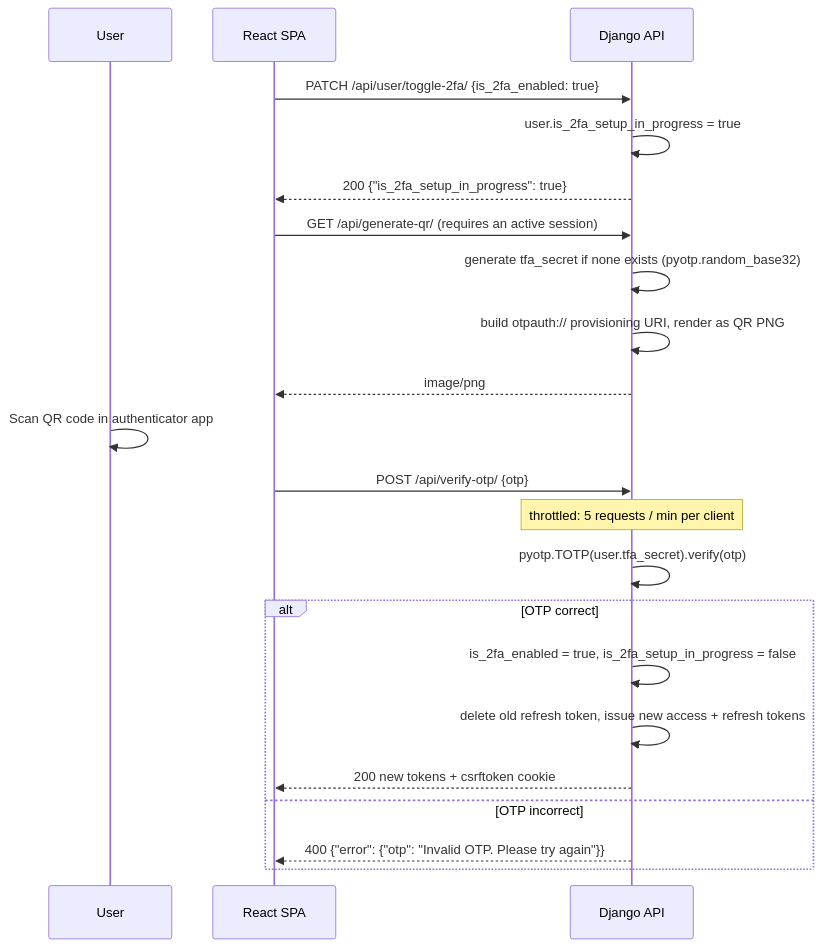
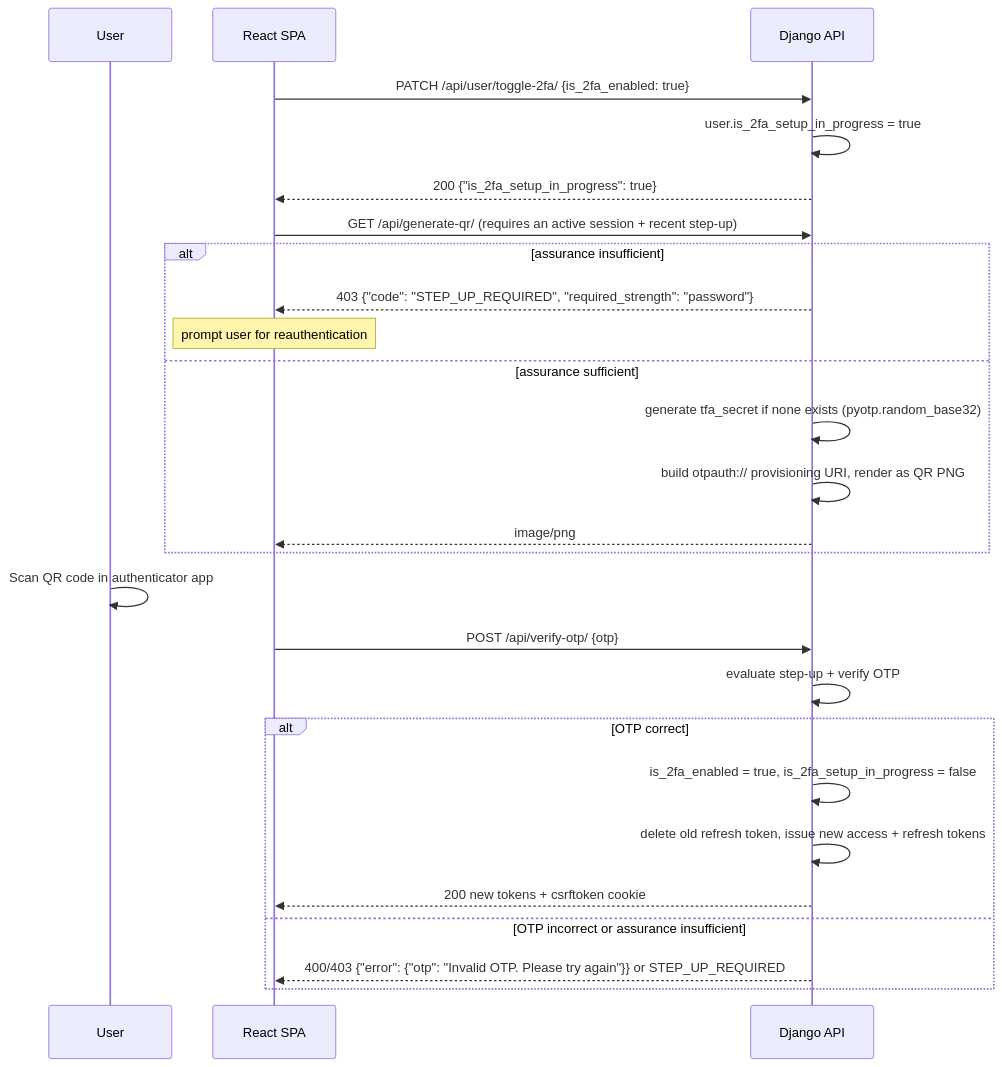
The fourth of 8 diagrams in docs/AUTH_FLOWS.md (anthonynarine/django_auth), drawn with Mermaid before and after one commit. The commit also changed other lines of this file and 14 other files, not shown here.

````diff
--- a/docs/AUTH_FLOWS.md
+++ b/docs/AUTH_FLOWS.md
@@ -77,28 +77,32 @@
 ```mermaid
 sequenceDiagram
     participant U as User
     participant FE as React SPA
     participant API as Django API
 
     FE->>API: PATCH /api/user/toggle-2fa/ {is_2fa_enabled: true}
     API->>API: user.is_2fa_setup_in_progress = true
     API-->>FE: 200 {"is_2fa_setup_in_progress": true}
 
-    FE->>API: GET /api/generate-qr/  (requires an active session)
-    API->>API: generate tfa_secret if none exists (pyotp.random_base32)
-    API->>API: build otpauth:// provisioning URI, render as QR PNG
-    API-->>FE: image/png
+    FE->>API: GET /api/generate-qr/  (requires an active session + recent step-up)
+    alt assurance insufficient
+        API-->>FE: 403 {"code": "STEP_UP_REQUIRED", "required_strength": "password"}
+        Note over FE: prompt user for reauthentication
+    else assurance sufficient
+        API->>API: generate tfa_secret if none exists (pyotp.random_base32)
+        API->>API: build otpauth:// provisioning URI, render as QR PNG
+        API-->>FE: image/png
+    end
 
     U->>U: Scan QR code in authenticator app
 
     FE->>API: POST /api/verify-otp/ {otp}
-    Note over API: throttled: 5 requests / min per client
-    API->>API: pyotp.TOTP(user.tfa_secret).verify(otp)
+    API->>API: evaluate step-up + verify OTP
     alt OTP correct
         API->>API: is_2fa_enabled = true, is_2fa_setup_in_progress = false
         API->>API: delete old refresh token, issue new access + refresh tokens
         API-->>FE: 200 new tokens + csrftoken cookie
-    else OTP incorrect
-        API-->>FE: 400 {"error": {"otp": "Invalid OTP. Please try again"}}
+    else OTP incorrect or assurance insufficient
+        API-->>FE: 400/403 {"error": {"otp": "Invalid OTP. Please try again"}} or STEP_UP_REQUIRED
     end
 ```
````
